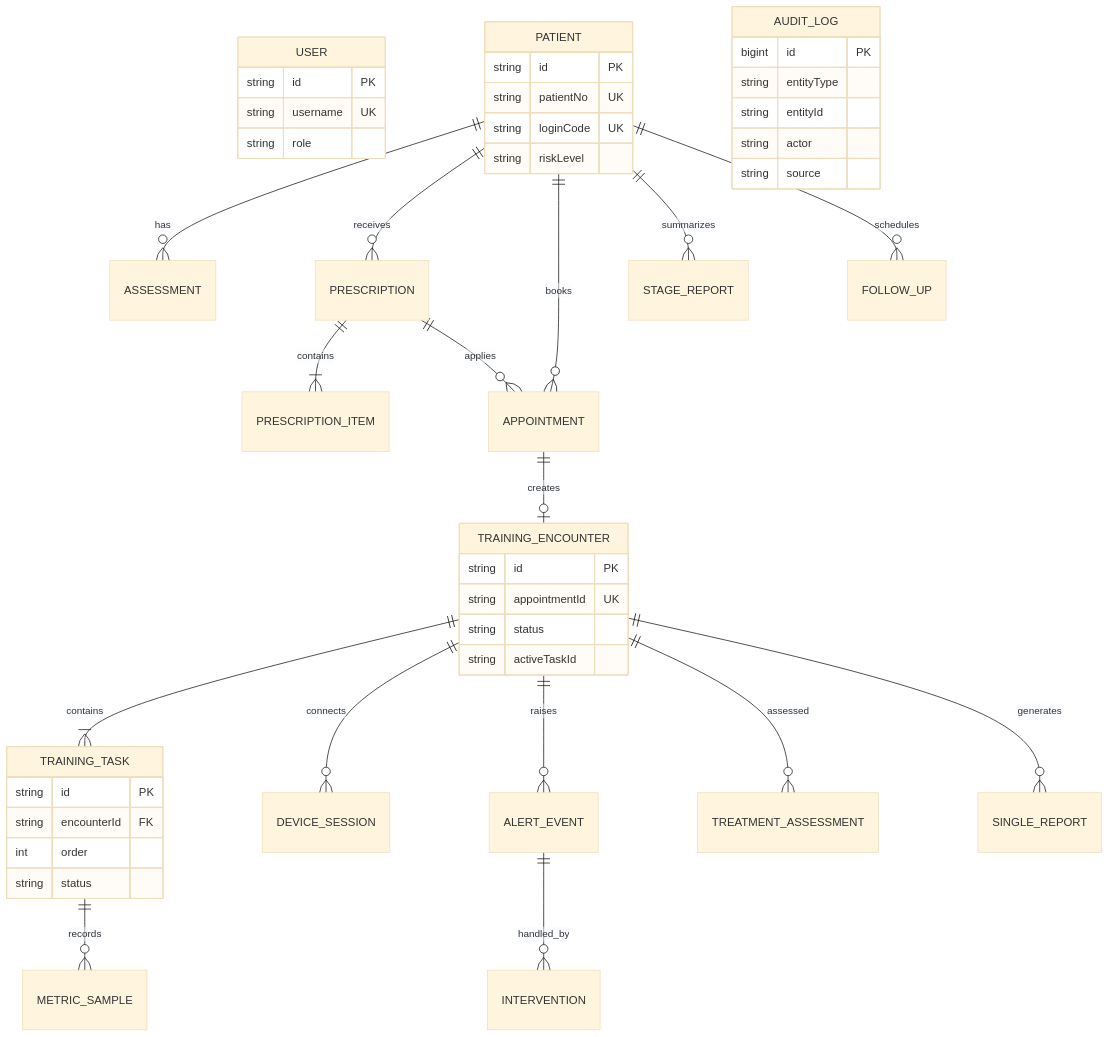
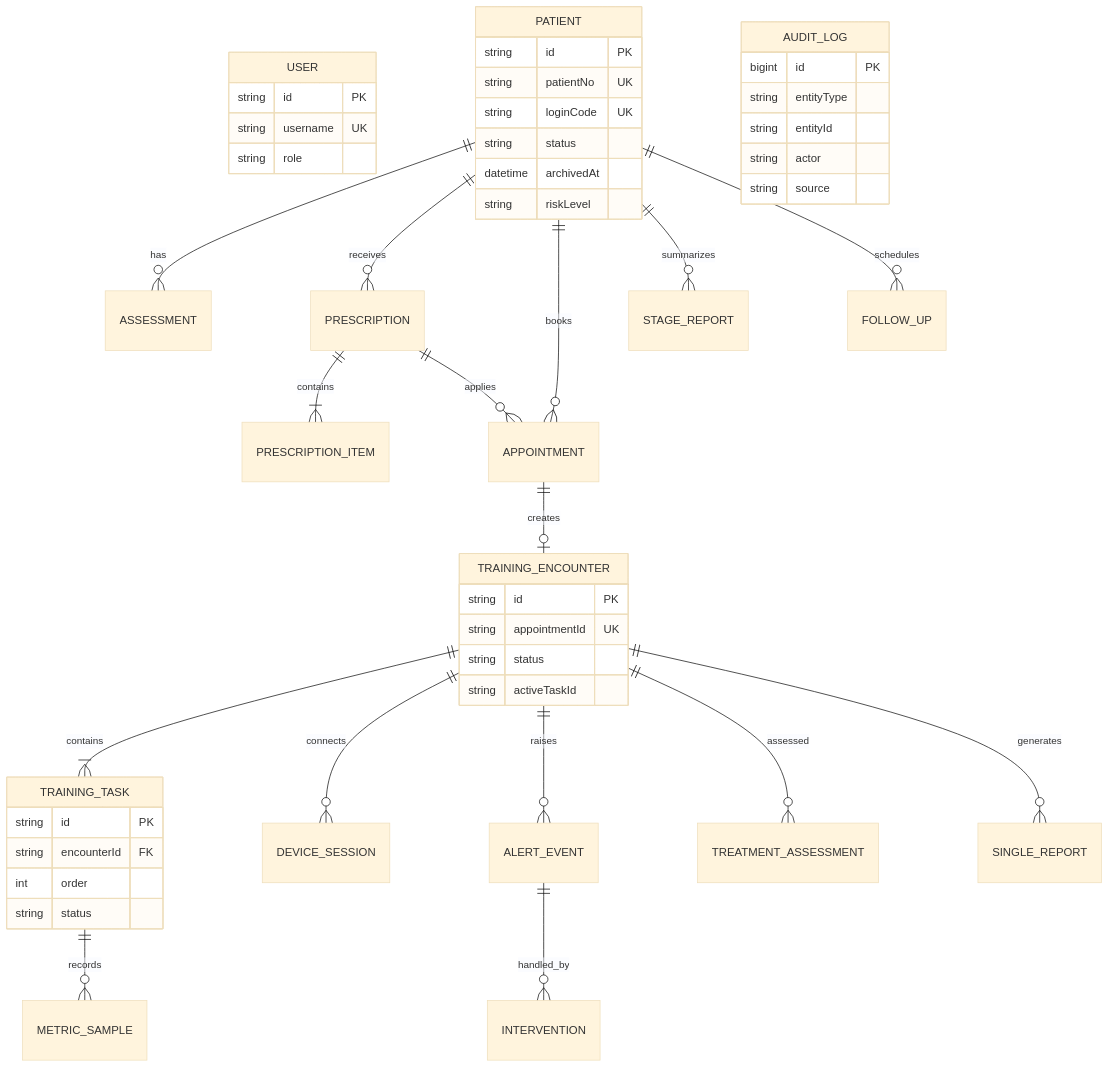
The third of 3 diagrams in docs/ARCHITECTURE.md (lxxpluto-lang/xinkang-companion-rehab-closed-loop-demo), drawn with Mermaid (base theme) before and after one commit. The commit also changed other lines of this file and 12 other files, not shown here.

````diff
--- a/docs/ARCHITECTURE.md
+++ b/docs/ARCHITECTURE.md
@@ -53,48 +53,50 @@
 ```mermaid
 erDiagram
   USER {
     string id PK
     string username UK
     string role
   }
   PATIENT ||--o{ ASSESSMENT : has
   PATIENT ||--o{ PRESCRIPTION : receives
   PRESCRIPTION ||--|{ PRESCRIPTION_ITEM : contains
   PATIENT ||--o{ APPOINTMENT : books
   PRESCRIPTION ||--o{ APPOINTMENT : applies
   APPOINTMENT ||--o| TRAINING_ENCOUNTER : creates
   TRAINING_ENCOUNTER ||--|{ TRAINING_TASK : contains
   TRAINING_ENCOUNTER ||--o{ DEVICE_SESSION : connects
   TRAINING_TASK ||--o{ METRIC_SAMPLE : records
   TRAINING_ENCOUNTER ||--o{ ALERT_EVENT : raises
   ALERT_EVENT ||--o{ INTERVENTION : handled_by
   TRAINING_ENCOUNTER ||--o{ TREATMENT_ASSESSMENT : assessed
   TRAINING_ENCOUNTER ||--o{ SINGLE_REPORT : generates
   PATIENT ||--o{ STAGE_REPORT : summarizes
   PATIENT ||--o{ FOLLOW_UP : schedules
   PATIENT {
     string id PK
     string patientNo UK
     string loginCode UK
+    string status
+    datetime archivedAt
     string riskLevel
   }
   TRAINING_ENCOUNTER {
     string id PK
     string appointmentId UK
     string status
     string activeTaskId
   }
   TRAINING_TASK {
     string id PK
     string encounterId FK
     int order
     string status
   }
   AUDIT_LOG {
     bigint id PK
     string entityType
     string entityId
     string actor
     string source
   }
 ```
````
